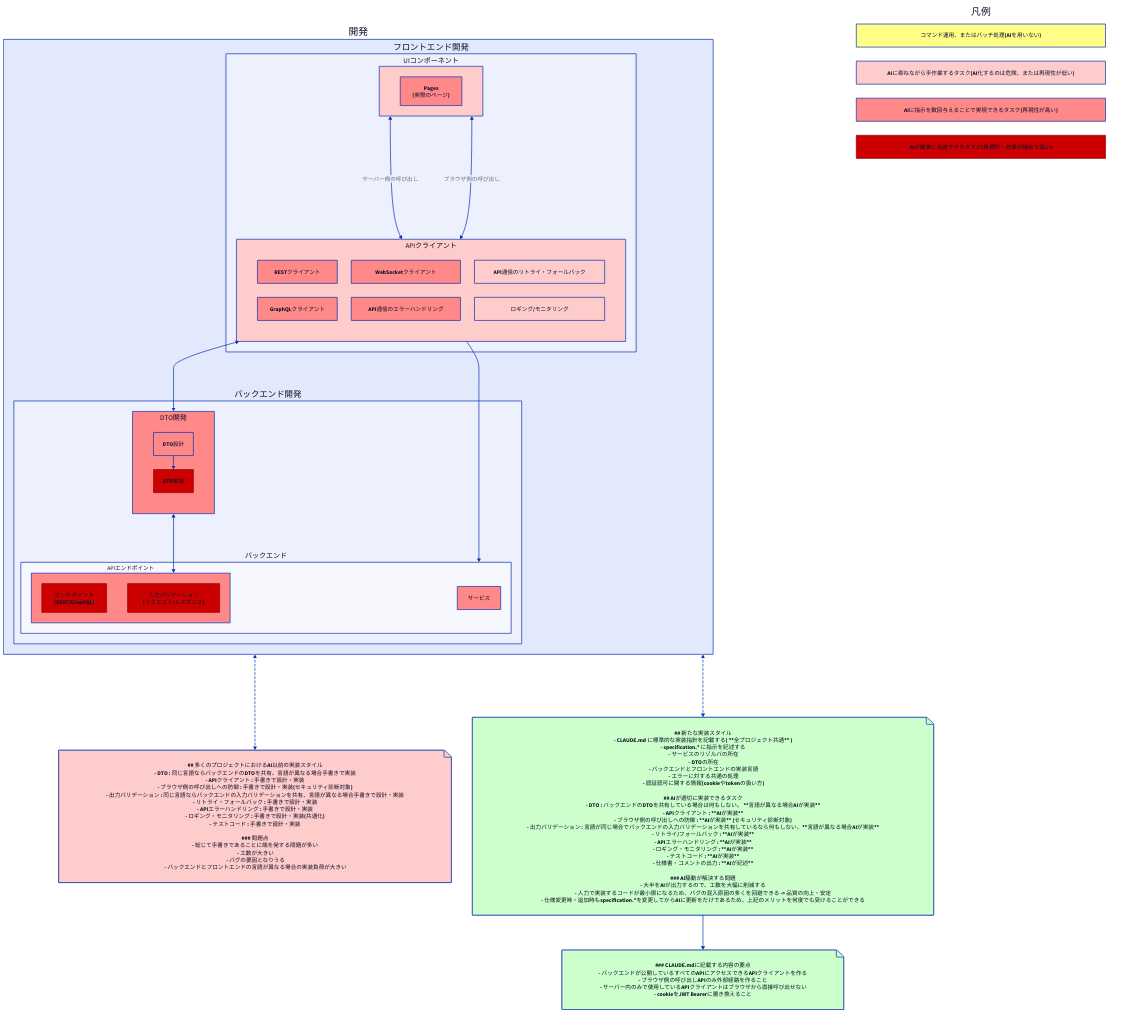
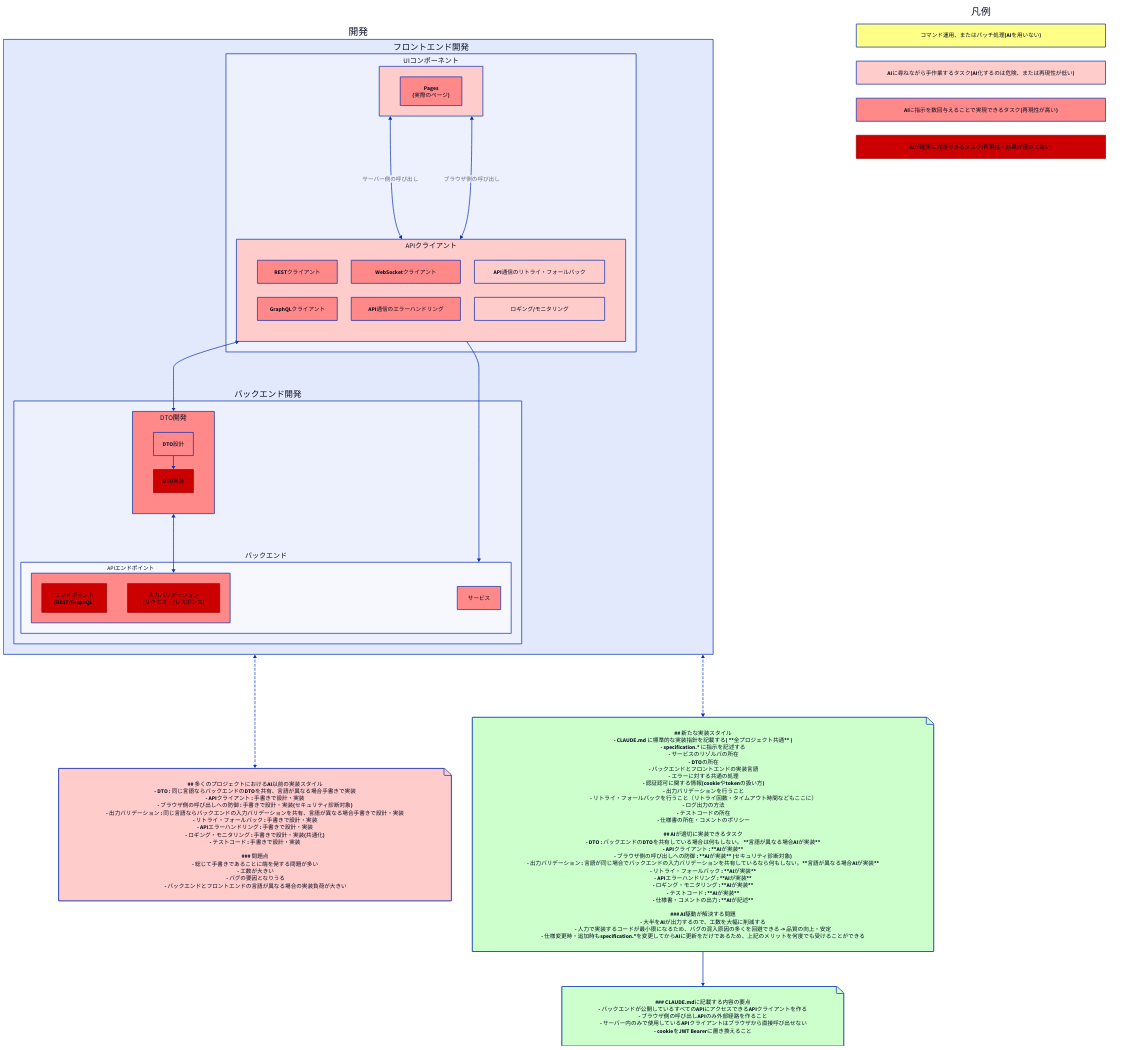
The diagram in docs/problem-02/problem-02.d2 (nenaaki/ai-effective-project), drawn with D2 before and after one commit. The commit also changed 1 other file, not shown here.

```diff
--- a/docs/problem-02/problem-02.d2
+++ b/docs/problem-02/problem-02.d2
@@ -1,184 +1,189 @@
 classes: {
   command: {
     style: {
       fill: "#ffff88"
     }
   }
   ai-effective-weak: {
     style: {
       fill: "#ffcccc"
     }
   }
   ai-effective: {
     style: {
       fill: "#ff8888"
     }
   }
   ai-effective-strong: {
     style: {
       fill: "#cc0000"
       stroke: "#990000"
       stroke-width: 2
     }
   }
 }
 
 development {
   label: "開発"
   frontend-development {
     label: "フロントエンド開発"
 
     ui-components {
       label: "UIコンポーネント"
       class: ai-effective-weak
       pages: "Pages\n(実際のページ)" { class: ai-effective }
 
     }
     api-client {
       label: "APIクライアント"
       grid-columns: 3
       class: ai-effective-weak
       "RESTクライアント" { class: ai-effective }
       "GraphQLクライアント" { class: ai-effective }
       "WebSocketクライアント" { class: ai-effective }
       "API通信のエラーハンドリング" { class: ai-effective }
       "API通信のリトライ・フォールバック" { class: ai-effective-weak }
       "ロギング/モニタリング" { class: ai-effective-weak }
     }
 
     ui-components <-> api-client: "サーバー側の呼び出し" 
     ui-components <-> api-client: "ブラウザ側の呼び出し" 
   }
 
   # バックエンド開発
   backend-development {
     label: "バックエンド開発"
 
     dto-development {
       label: "DTO開発"
       class: ai-effective
       grid-columns: 1
       dto-design: "DTO設計" { class: ai-effective }
       dto-implementation: "DTO実装" { class: ai-effective-strong }
 
       dto-design -> dto-implementation
     }
 
     backend {
       label: "バックエンド"
       
       api {
         label: "APIエンドポイント"
         class: ai-effective
         endpoints: "エンドポイント\n(REST/GraphQL)" { class: ai-effective-strong }
         validation: "入力バリデーション\n(リクエスト/レスポンス)" { class: ai-effective-strong }
       }
       service-definition {
         label: "サービス"
         class: ai-effective
       }
     }
   }
 
   # developmentの依存関係
   frontend-development.api-client <-> backend-development.dto-development
   backend-development.dto-development <-> backend-development.backend.api
 
   frontend-development.api-client -> backend-development.backend
 }
 
 "凡例": {
   label: "凡例"
   style: {
     fill: "#ffffff"
     stroke: "#000000"
     stroke-width: 0
   }
   grid-rows: 4
     command: "コマンド運用、またはバッチ処理(AIを用いない)" { class: command }
     ai-effective-weak: "AIに尋ねながら手作業するタスク(AI化するのは危険、または再現性が低い)" { class: ai-effective-weak }
     ai-effective: "AIに指示を数回与えることで実現できるタスク(再現性が高い)" { class: ai-effective }
     ai-effective-strong: "AIが確実に完遂できるタスク(再現性・効果が極めて高い)" { class: ai-effective-strong }
 }
 
 asis: |md
 ## 多くのプロジェクトにおけるAI以前の実装スタイル
 - DTO : 同じ言語ならバックエンドのDTOを共有、言語が異なる場合手書きで実装
 - APIクライアント : 手書きで設計・実装
 - ブラウザ側の呼び出しへの防御 : 手書きで設計・実装(セキュリティ診断対象)
 - 出力バリデーション : 同じ言語ならバックエンドの入力バリデーションを共有、言語が異なる場合手書きで設計・実装
 - リトライ・フォールバック : 手書きで設計・実装
 - APIエラーハンドリング : 手書きで設計・実装
 - ロギング・モニタリング : 手書きで設計・実装(共通化)
 - テストコード : 手書きで設計・実装
 
 ### 問題点
 - 総じて手書きであることに端を発する問題が多い
   - 工数が大きい
   - バグの要因となりうる
   - バックエンドとフロントエンドの言語が異なる場合の実装負荷が大きい
 |
 
 asis.shape: page
 asis.style: {
   fill: "#ffcccc"
 }
 
 tobe: |md
 ## 新たな実装スタイル
 - CLAUDE.md に標準的な実装指針を記載する( **全プロジェクト共通** )
 - specification.* に指示を記述する
   - サービスのリゾルバの所在
   - DTOの所在
   - バックエンドとフロントエンドの実装言語
   - エラーに対する共通の処理
   - 認証認可に関する情報(cookieやtokenの扱い方)
+  - 出力バリデーションを行うこと
+  - リトライ・フォールバックを行うこと（リトライ回数・タイムアウト時間などもここに）
+  - ログ出力の方法
+  - テストコードの所在
+  - 仕様書の所在・コメントのポリシー
 
 ## AIが適切に実装できるタスク
 - DTO : バックエンドのDTOを共有している場合は何もしない。 **言語が異なる場合AIが実装**
 - APIクライアント : **AIが実装**
 - ブラウザ側の呼び出しへの防御 : **AIが実装** (セキュリティ診断対象)
 - 出力バリデーション : 言語が同じ場合でバックエンドの入力バリデーションを共有しているなら何もしない。**言語が異なる場合AIが実装**
-- リトライ/フォールバック : **AIが実装**
+- リトライ・フォールバック : **AIが実装**
 - APIエラーハンドリング : **AIが実装**
 - ロギング・モニタリング : **AIが実装**
 - テストコード : **AIが実装**
 - 仕様書・コメントの出力 : **AIが記述**
 
 ### AI駆動が解決する問題
 - 大半をAIが出力するので、工数を大幅に削減する
 - 人力で実装するコードが最小限になるため、バグの混入原因の多くを回避できる -> 品質の向上・安定
 - 仕様変更時・追加時もspecification.*を変更してからAIに更新をだけであるため、上記のメリットを何度でも受けることができる
 |
 
 tobe.shape: page
 tobe.style: {
   fill: "#ccffcc"
 }
 
 claude-md: |md
 ### CLAUDE.mdに記載する内容の要点
 - バックエンドが公開しているすべてのAPIにアクセスできるAPIクライアントを作る
 - ブラウザ側の呼び出しAPIのみ外部経路を作ること
   - サーバー内のみで使用しているAPIクライアントはブラウザから直接呼び出せない
 - cookieをJWT Bearerに置き換えること
 |
 
 claude-md.shape: page
 claude-md.style: {
   fill: "#ccffcc"
 }
 
 
 # 点線でつなぐ（吹き出しの引き出し線風）
 development <-> asis: {
   style: {
     stroke-dash: 3
   }
 }
 development <-> tobe: {
   style: {
     stroke-dash: 3
   }
 }
 tobe -> claude-md
```
